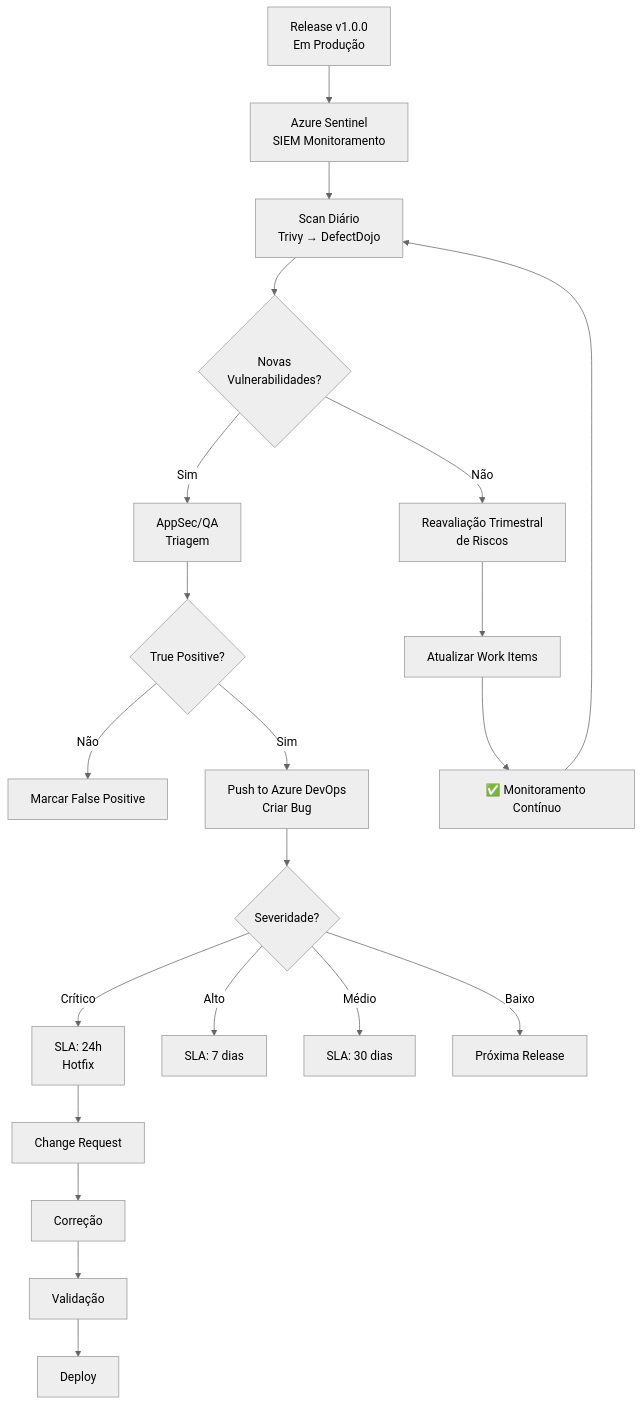
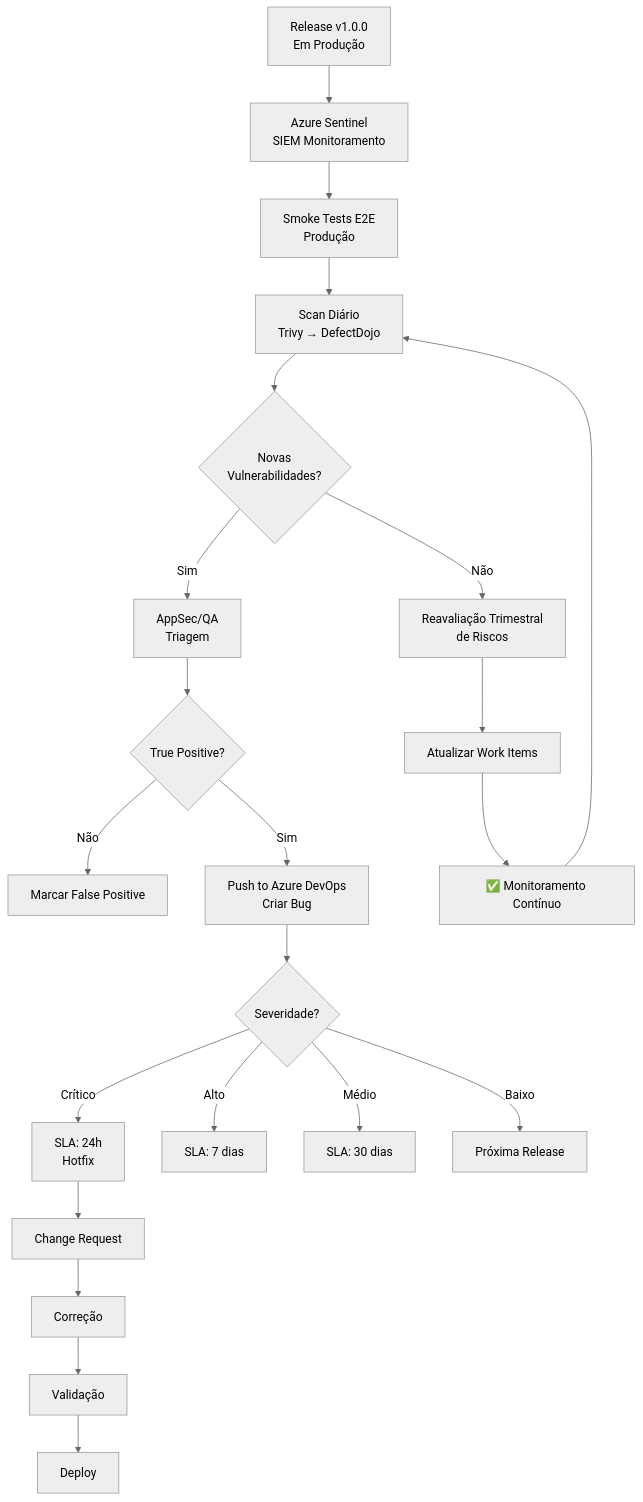
Before and after one commit to resper1965/ionic-health-pq44: the sixth of 7 diagrams in demo-app/docs/FLOWS.md, drawn with Mermaid (neutral theme). The commit also changed other lines of this file and 54 other files, not shown here.

````diff
--- a/demo-app/docs/FLOWS.md
+++ b/demo-app/docs/FLOWS.md
@@ -141,23 +147,24 @@
 ```mermaid
 flowchart TD
     A[Release v1.0.0<br/>Em Produção] --> B[Azure Sentinel<br/>SIEM Monitoramento]
-    B --> C[Scan Diário<br/>Trivy → DefectDojo]
+    B --> B1[Smoke Tests E2E<br/>Produção]
+    B1 --> C[Scan Diário<br/>Trivy → DefectDojo]
     C --> D{Novas<br/>Vulnerabilidades?}
     D -->|Sim| E[AppSec/QA<br/>Triagem]
     E --> F{True Positive?}
     F -->|Não| G[Marcar False Positive]
     F -->|Sim| H[Push to Azure DevOps<br/>Criar Bug]
     H --> I{Severidade?}
     I -->|Crítico| J[SLA: 24h<br/>Hotfix]
     I -->|Alto| K[SLA: 7 dias]
     I -->|Médio| L[SLA: 30 dias]
     I -->|Baixo| M[Próxima Release]
     J --> N[Change Request]
     N --> O[Correção]
     O --> P[Validação]
     P --> Q[Deploy]
     D -->|Não| S[Reavaliação Trimestral<br/>de Riscos]
     S --> T[Atualizar Work Items]
     T --> U[✅ Monitoramento Contínuo]
     U --> C
 ```
````
